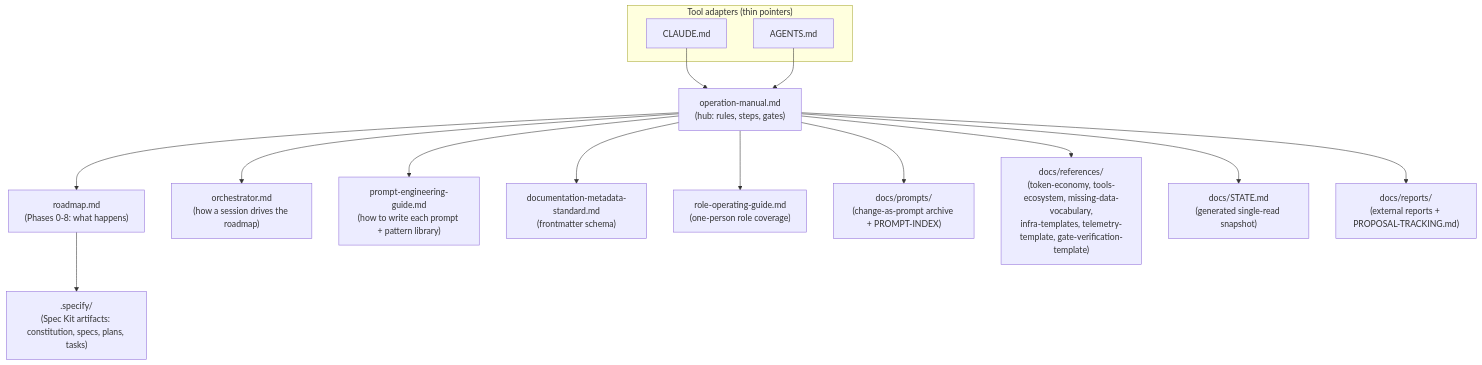
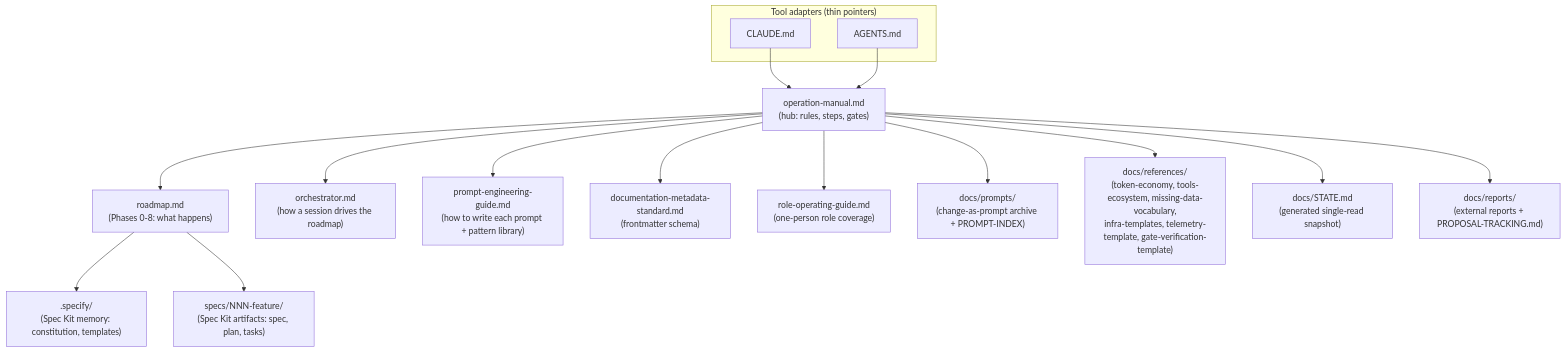
Before and after one commit to licorsy/ai-assisted-sdd-template: the diagram in README.md, drawn with Mermaid. The commit also changed 14 other files, not shown here.

````diff
--- a/README.md
+++ b/README.md
@@ -110,20 +110,21 @@
 ```mermaid
 flowchart TD
     subgraph Adapters["Tool adapters (thin pointers)"]
         CLAUDE["CLAUDE.md"]
         AGENTS["AGENTS.md"]
     end
     OM["operation-manual.md<br/>(hub: rules, steps, gates)"]
     CLAUDE --> OM
     AGENTS --> OM
     OM --> RM["roadmap.md<br/>(Phases 0-8: what happens)"]
     OM --> OP["orchestrator.md<br/>(how a session drives the roadmap)"]
     OM --> PEG["prompt-engineering-guide.md<br/>(how to write each prompt + pattern library)"]
     OM --> DMS["documentation-metadata-standard.md<br/>(frontmatter schema)"]
     OM --> ROG["role-operating-guide.md<br/>(one-person role coverage)"]
-    RM --> SPEC[".specify/<br/>(Spec Kit artifacts: constitution, specs, plans, tasks)"]
+    RM --> SPEC[".specify/<br/>(Spec Kit memory: constitution, templates)"]
+    RM --> FEAT["specs/NNN-feature/<br/>(Spec Kit artifacts: spec, plan, tasks)"]
     OM --> PROMPTS["docs/prompts/<br/>(change-as-prompt archive + PROMPT-INDEX)"]
     OM --> REFS["docs/references/<br/>(token-economy, tools-ecosystem, missing-data-vocabulary,<br/>infra-templates, telemetry-template, gate-verification-template)"]
     OM --> STATE["docs/STATE.md<br/>(generated single-read snapshot)"]
     OM --> REPORTS["docs/reports/<br/>(external reports + PROPOSAL-TRACKING.md)"]
 ```
````
